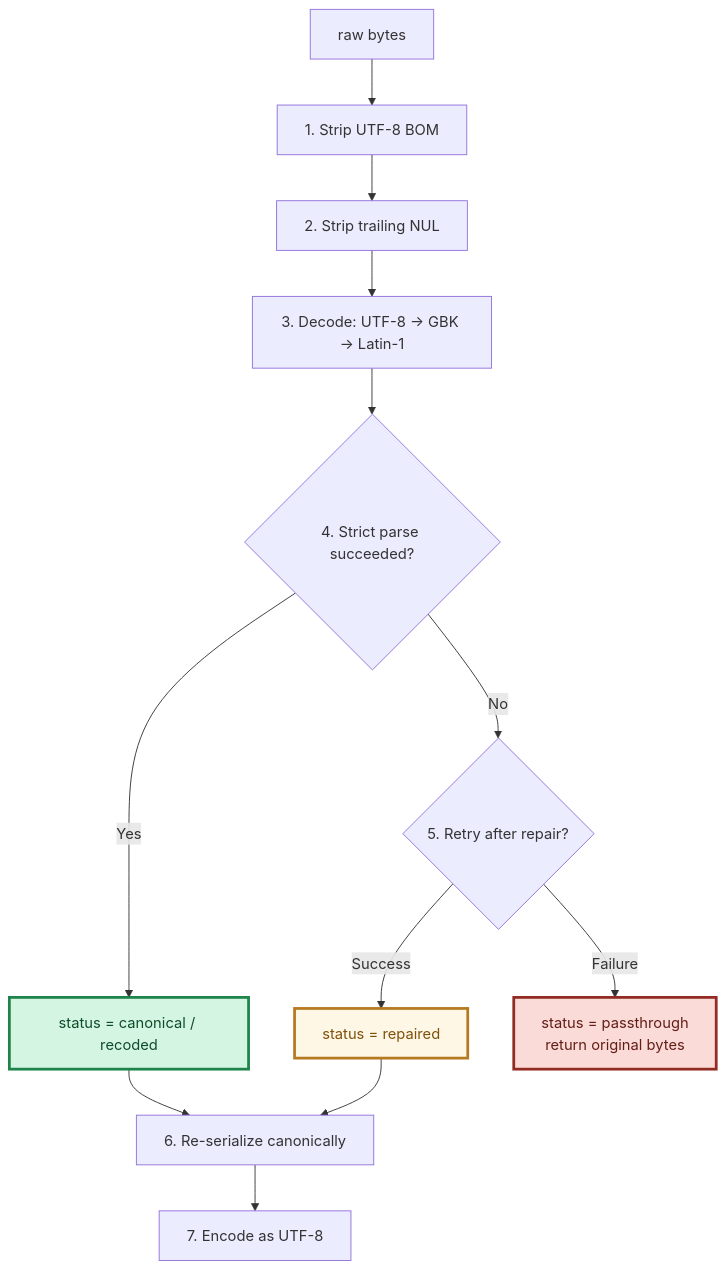
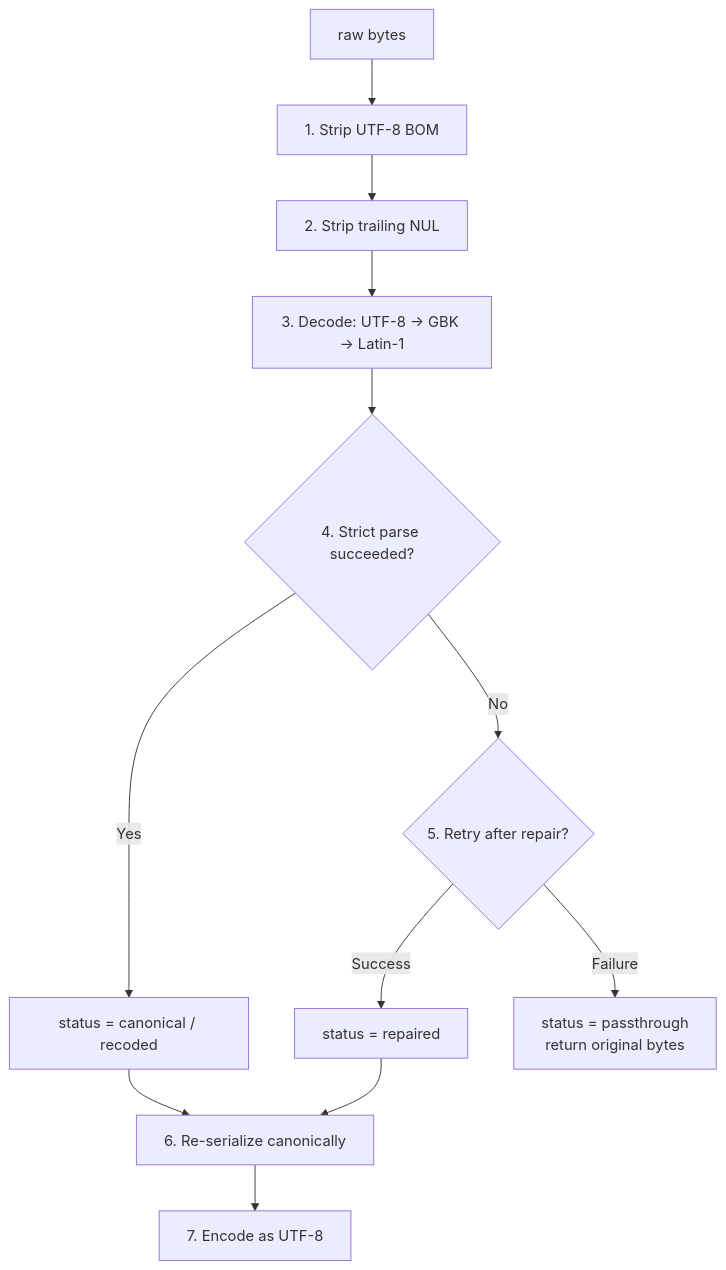
One commit to PassByYou888/LingoFuse changed diagram 12 of 24 in Py/lingofuse/Bridge_User_Guide.md. Above: the diagram before and after it, drawn with Mermaid. The commit also changed other lines of this file and 78 other files, not shown here.

````diff
--- a/Py/lingofuse/Bridge_User_Guide.md
+++ b/Py/lingofuse/Bridge_User_Guide.md
@@ -651,18 +636,14 @@
 ```mermaid
 flowchart TD
     IN["raw bytes"] --> S1["1. Strip UTF-8 BOM"]
     S1 --> S2["2. Strip trailing NUL"]
     S2 --> S3["3. Decode: UTF-8 → GBK → Latin-1"]
     S3 --> S4{"4. Strict parse succeeded?"}
     S4 -- "Yes" --> OK["status = canonical / recoded"]
     S4 -- "No" --> S5{"5. Retry after repair?"}
     S5 -- "Success" --> REP["status = repaired"]
     S5 -- "Failure" --> PASS["status = passthrough<br/>return original bytes"]
     OK --> OUT["6. Re-serialize canonically"]
     REP --> OUT
     OUT --> ENC["7. Encode as UTF-8"]
-
-    style OK fill:#D5F5E3,stroke:#1E8449,stroke-width:3px,color:#0E4D2A
-    style REP fill:#FFF7E6,stroke:#B7791F,stroke-width:3px,color:#7E5109
-    style PASS fill:#FADBD8,stroke:#922B21,stroke-width:3px,color:#641E16
 ```
````
